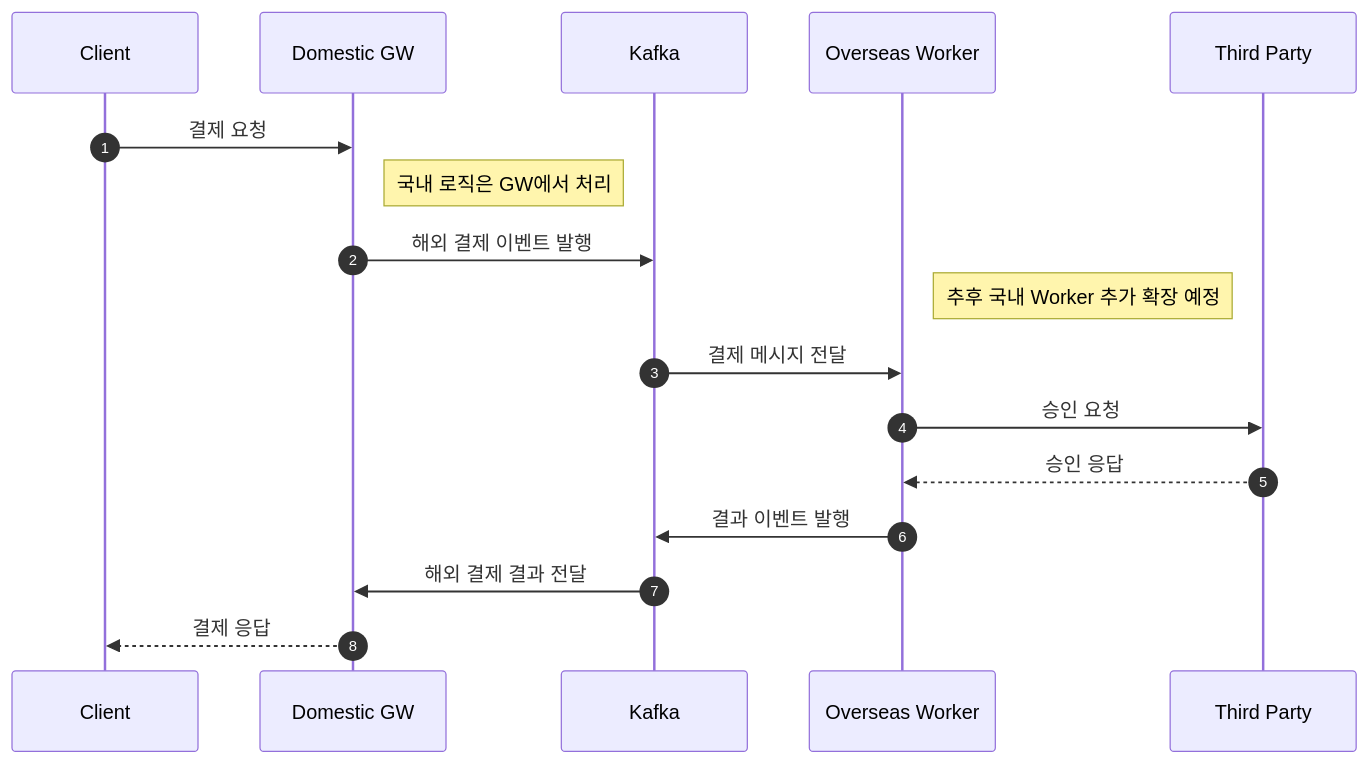
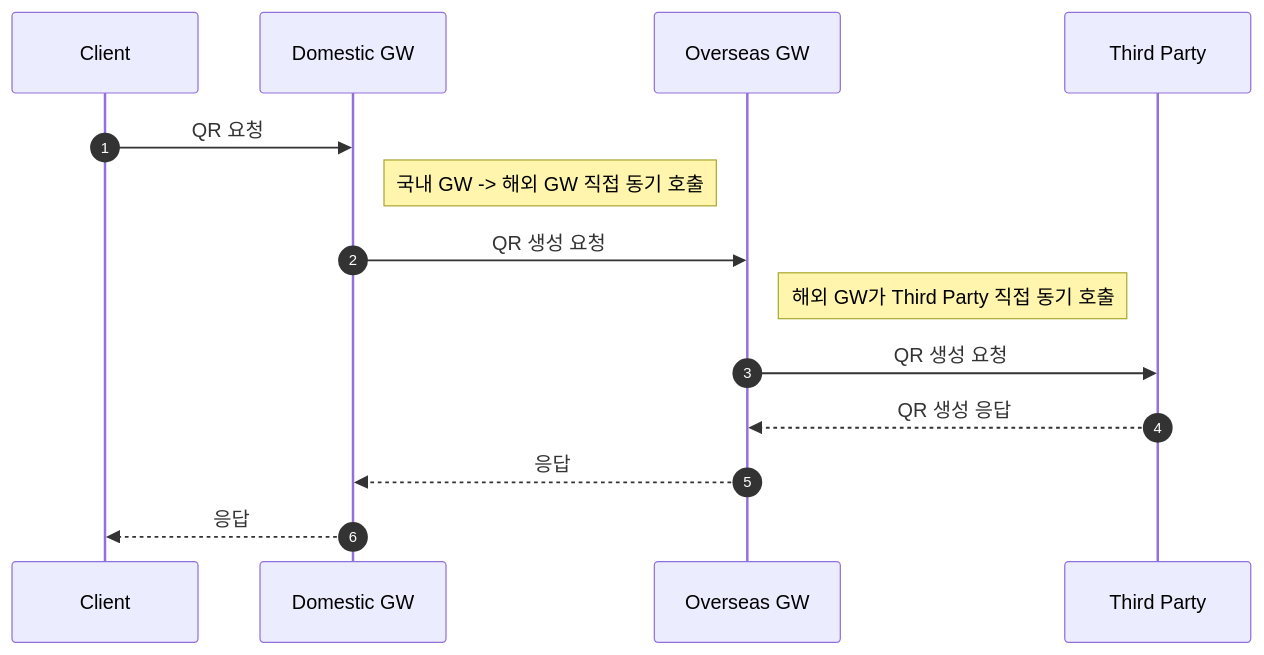
Before and after one commit to Hyeonqz/backend-interview-passer: the first of 2 diagrams in .claude/output/mermaid/qb-kafka-flow.md, drawn with Mermaid. The commit also changed other lines of this file and 21 other files, not shown here.

````diff
--- a/.claude/output/mermaid/qb-kafka-flow.md
+++ b/.claude/output/mermaid/qb-kafka-flow.md
@@ -7,30 +4,27 @@
 ```mermaid
 ---
 config:
   theme: mc
 ---
 sequenceDiagram
     autonumber
 
     participant C as Client
     participant DGW as Domestic GW
-    participant K as Kafka
-    participant OW as Overseas Worker
+    participant OGW as Overseas GW
     participant TP as Third Party
 
-    C->>DGW: 결제 요청
+    C->>DGW: QR 요청
 
-    note right of DGW: 국내 로직은 GW에서 처리
+    note right of DGW: 국내 GW -> 해외 GW 직접 동기 호출
 
-    DGW->>K: 해외 결제 이벤트 발행
-    note right of OW: 추후 국내 Worker 추가 확장 예정
-    K->>OW: 결제 메시지 전달
-    OW->>TP: 승인 요청
-    TP-->>OW: 승인 응답
-    OW->>K: 결과 이벤트 발행
+    DGW->>OGW: QR 생성 요청
+    note right of OGW: 해외 GW가 Third Party 직접 동기 호출
 
+    OGW->>TP: QR 생성 요청
+    TP-->>OGW: QR 생성 응답
 
-    K->>DGW: 해외 결제 결과 전달
-    DGW-->>C: 결제 응답
+    OGW-->>DGW: 응답
 
+    DGW-->>C:  응답
 ```
````
